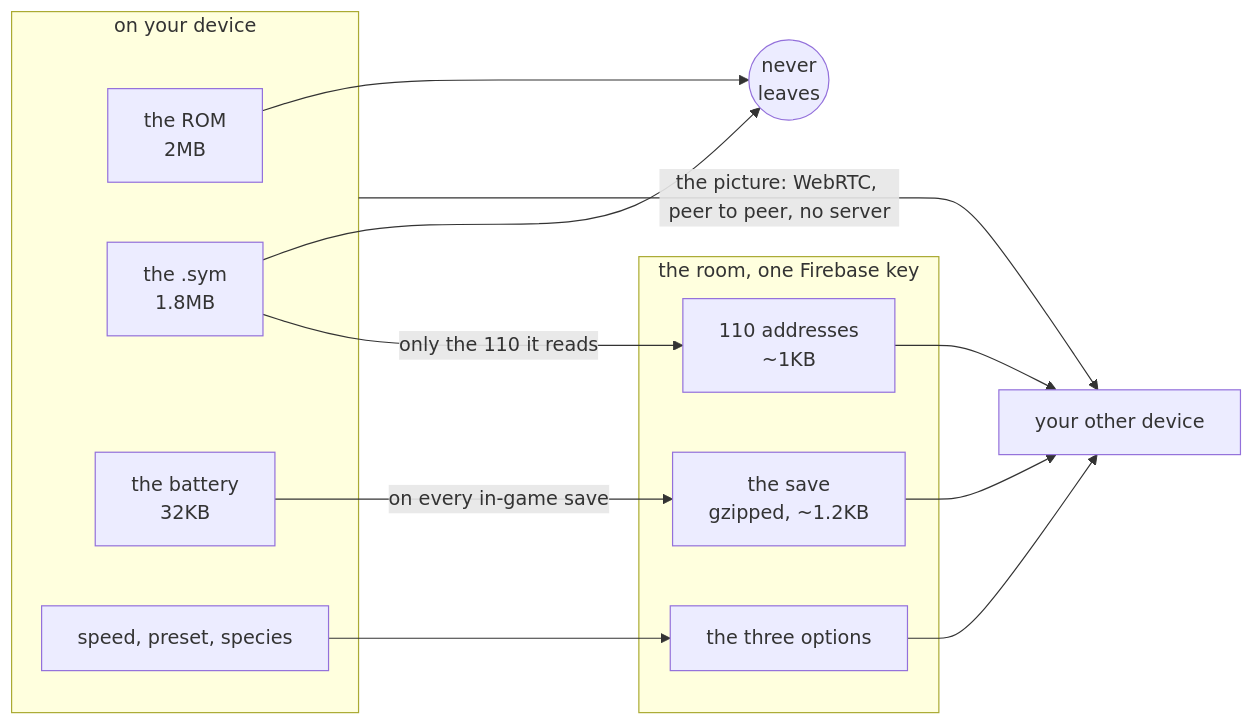
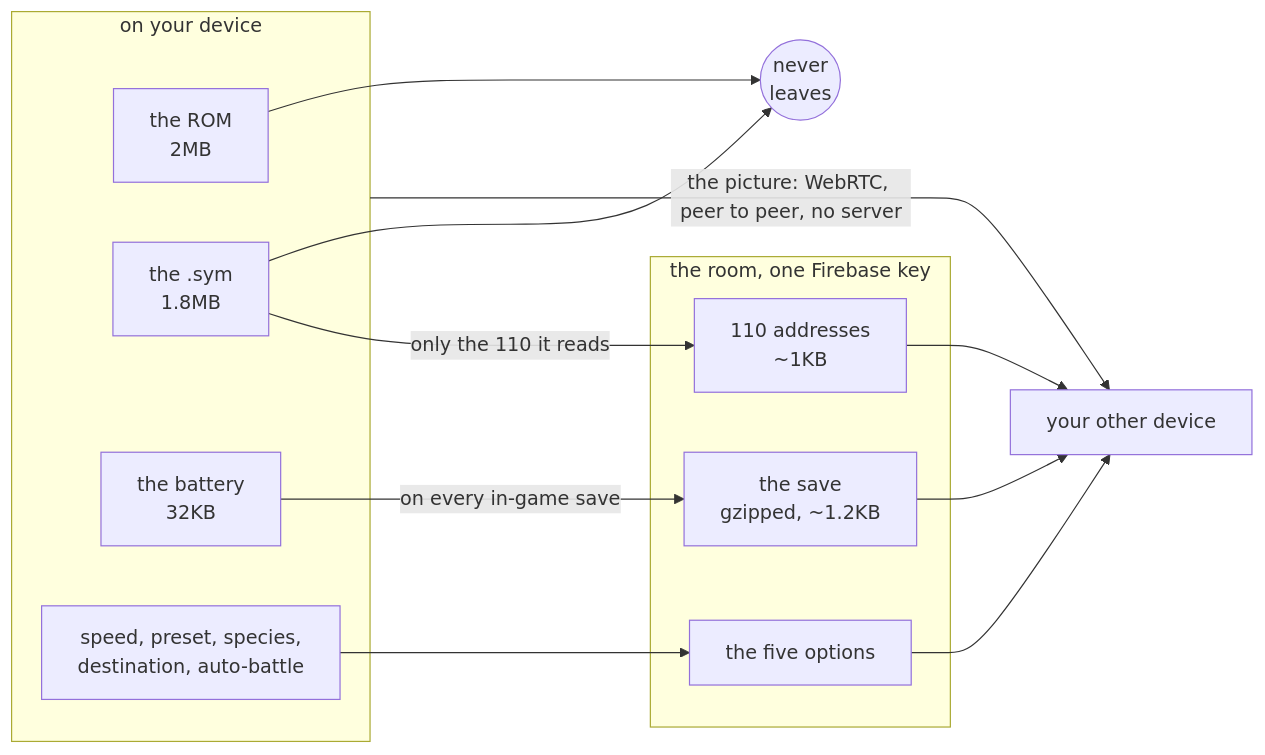
Before and after one commit to minormending/crystal-pilot-mobile: the second of 2 diagrams in docs/DEVICES.md, drawn with Mermaid. The commit also changed other lines of this file and 8 other files, not shown here.

````diff
--- a/docs/DEVICES.md
+++ b/docs/DEVICES.md
@@ -328,25 +328,25 @@
 ```mermaid
 flowchart LR
     subgraph D["on your device"]
         ROM["the ROM<br/>2MB"]
         SYM["the .sym<br/>1.8MB"]
         SAVE["the battery<br/>32KB"]
-        OPT["speed, preset, species"]
+        OPT["speed, preset, species,<br/>destination, auto-battle"]
     end
     STOP(("never<br/>leaves"))
     subgraph R["the room, one Firebase key"]
         A["110 addresses<br/>~1KB"]
         S["the save<br/>gzipped, ~1.2KB"]
-        O["the three options"]
+        O["the five options"]
     end
     OTHER["your other device"]
     ROM --> STOP
     SYM --> STOP
     SYM -->|"only the 110 it reads"| A
     SAVE -->|"on every in-game save"| S
     OPT --> O
     A --> OTHER
     S --> OTHER
     O --> OTHER
     D -->|"the picture: WebRTC, peer to peer, no server"| OTHER
 ```
````
